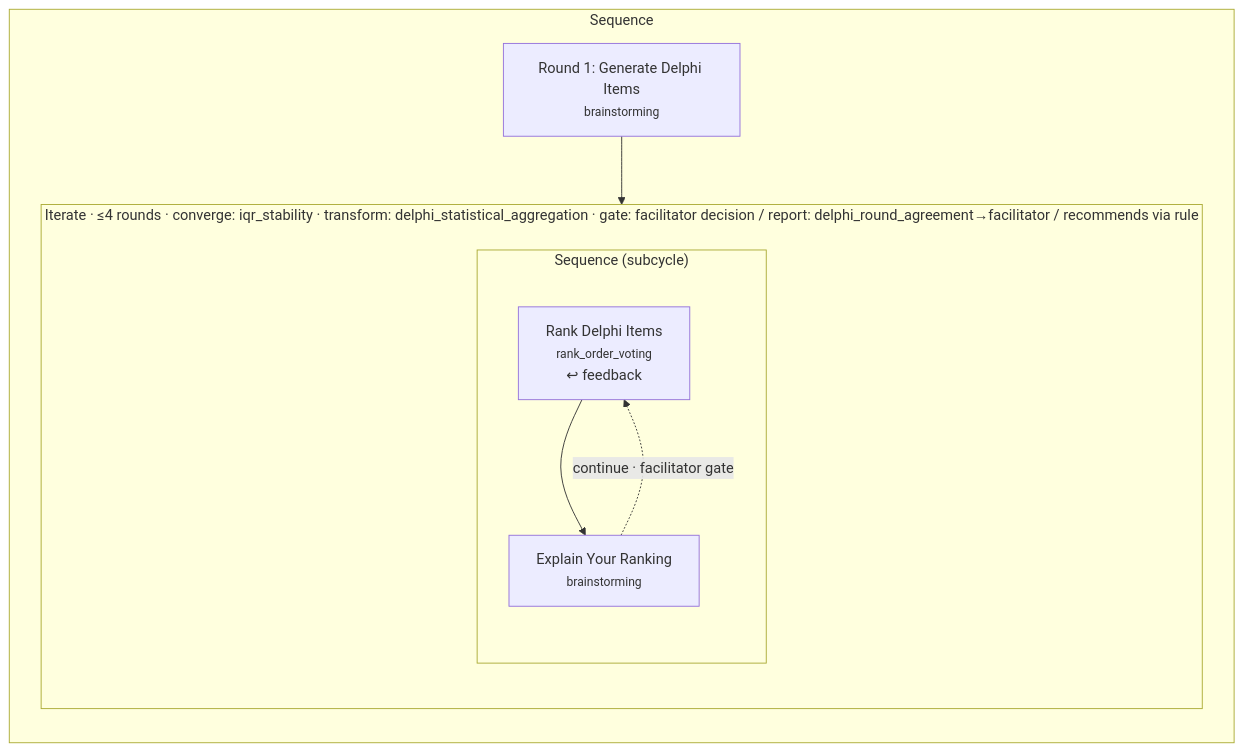
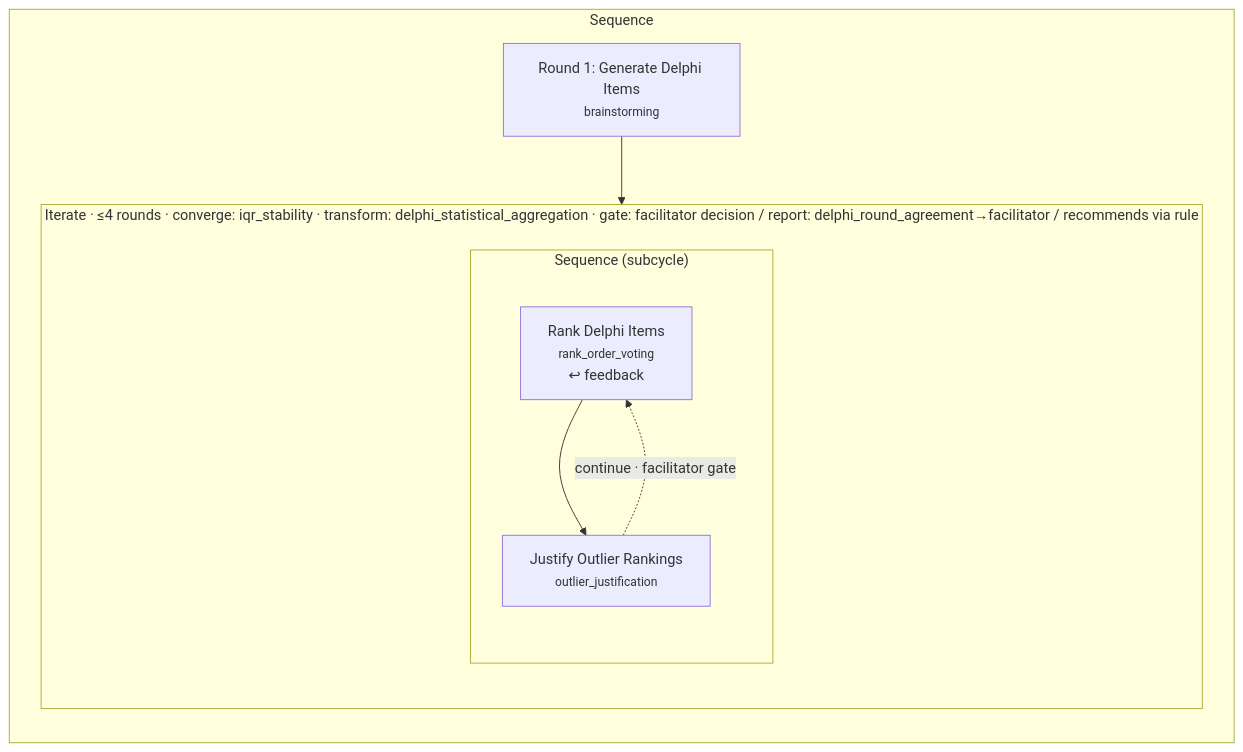
One commit to JohnKruse/decidero_gdss_public changed the diagram in docs/figures/README.md. Above: the diagram before and after it, drawn with Mermaid. The commit also changed 12 other files, not shown here.

Commit message:
Add outlier justification UI

````diff
--- a/docs/figures/README.md
+++ b/docs/figures/README.md
@@ -30,19 +30,19 @@
 ```mermaid
 flowchart TD
     subgraph c0["Sequence"]
         direction TB
         n0_0["Round 1: Generate Delphi Items<br/><small>brainstorming</small>"]
         subgraph c0_1["Iterate · ≤4 rounds · converge: iqr_stability · transform: delphi_statistical_aggregation · gate: facilitator decision / report: delphi_round_agreement→facilitator / recommends via rule"]
             direction TB
             subgraph c0_1_0["Sequence (subcycle)"]
                 direction TB
                 n0_1_0_0["Rank Delphi Items<br/><small>rank_order_voting</small><br/>↩ feedback"]
-                n0_1_0_1["Explain Your Ranking<br/><small>brainstorming</small>"]
+                n0_1_0_1["Justify Outlier Rankings<br/><small>outlier_justification</small>"]
             end
         end
     end
 
     n0_1_0_0 --> n0_1_0_1
     n0_1_0_1 -. "continue · facilitator gate" .-> n0_1_0_0
     n0_0 --> n0_1_0_0
 ```
````
